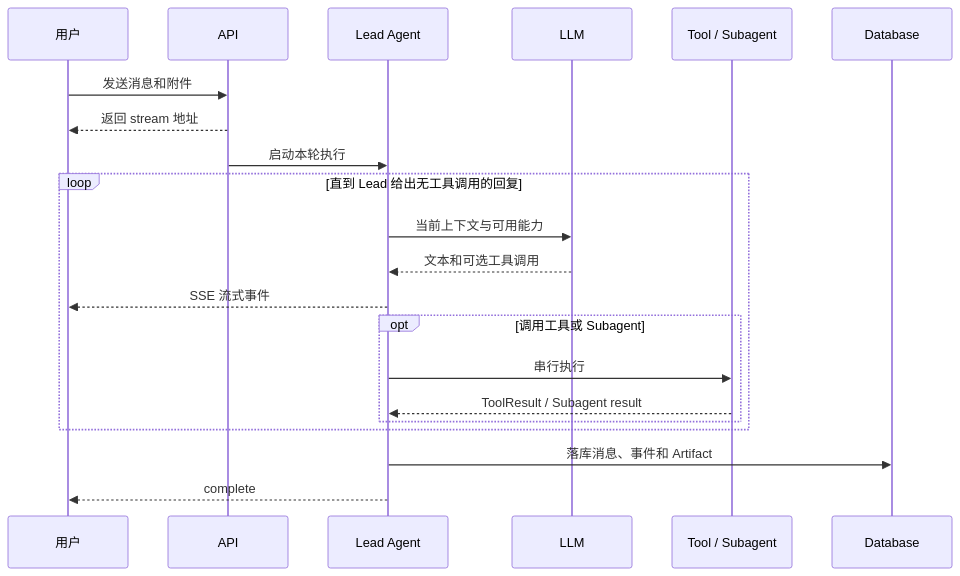
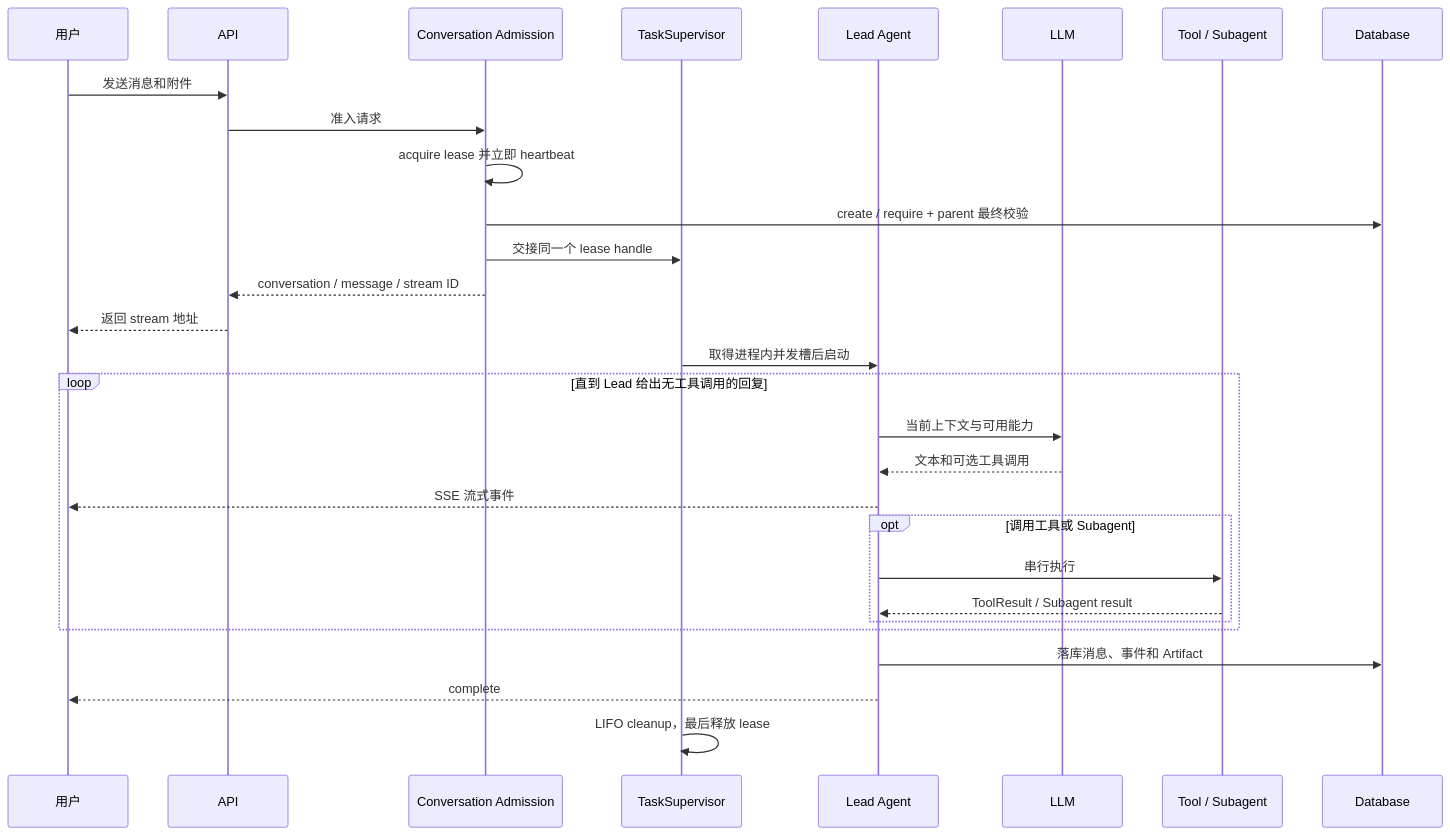
Before and after one commit to Neutrino1998/artifact-flow: the second of 3 diagrams in docs/how-it-works.md, drawn with Mermaid. The commit also changed other lines of this file and 49 other files, not shown here.

````diff
--- a/docs/how-it-works.md
+++ b/docs/how-it-works.md
@@ -33,24 +33,32 @@
 ```mermaid
 sequenceDiagram
     participant User as 用户
     participant API as API
+    participant Admission as Conversation Admission
+    participant Supervisor as TaskSupervisor
     participant Lead as Lead Agent
     participant Model as LLM
     participant Tool as Tool / Subagent
     participant DB as Database
 
     User->>API: 发送消息和附件
+    API->>Admission: 准入请求
+    Admission->>Admission: acquire lease 并立即 heartbeat
+    Admission->>DB: create / require + parent 最终校验
+    Admission->>Supervisor: 交接同一个 lease handle
+    Admission-->>API: conversation / message / stream ID
     API-->>User: 返回 stream 地址
-    API->>Lead: 启动本轮执行
+    Supervisor->>Lead: 取得进程内并发槽后启动
     loop 直到 Lead 给出无工具调用的回复
         Lead->>Model: 当前上下文与可用能力
         Model-->>Lead: 文本和可选工具调用
         Lead-->>User: SSE 流式事件
         opt 调用工具或 Subagent
             Lead->>Tool: 串行执行
             Tool-->>Lead: ToolResult / Subagent result
         end
     end
     Lead->>DB: 落库消息、事件和 Artifact
     Lead-->>User: complete
+    Supervisor->>Supervisor: LIFO cleanup，最后释放 lease
 ```
````
